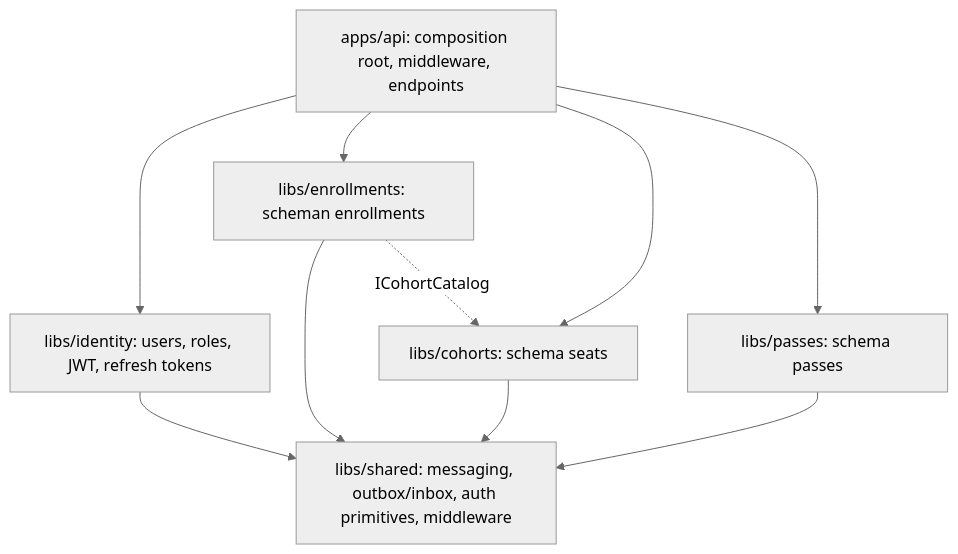
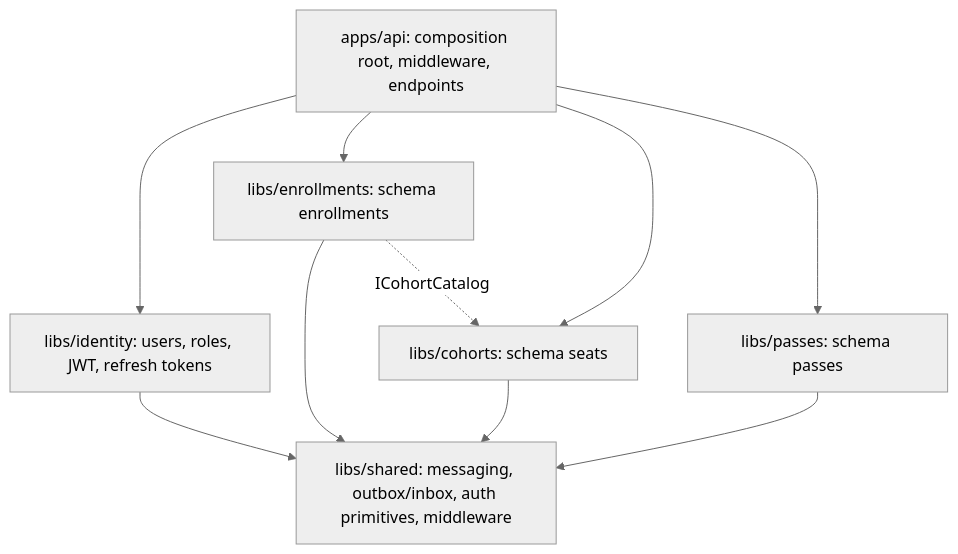
One commit to joshbarros/dotnet-academy changed the third of 3 diagrams in README.md. Above: the diagram before and after it, drawn with Mermaid (neutral theme). The commit also changed other lines of this file and 1 other file, not shown here.

````diff
--- a/README.md
+++ b/README.md
@@ -77,11 +77,11 @@
 ```mermaid
 flowchart TB
     api["apps/api: composition root, middleware, endpoints"]
     api --> identity & enrollments & seats & passes
     identity["libs/identity: users, roles, JWT, refresh tokens"]
-    enrollments["libs/enrollments: scheman enrollments"]
+    enrollments["libs/enrollments: schema enrollments"]
     seats["libs/cohorts: schema seats"]
     passes["libs/passes: schema passes"]
     identity & enrollments & seats & passes --> shared["libs/shared: messaging, outbox/inbox, auth primitives, middleware"]
     enrollments -. "ICohortCatalog" .-> seats
 ```
````
